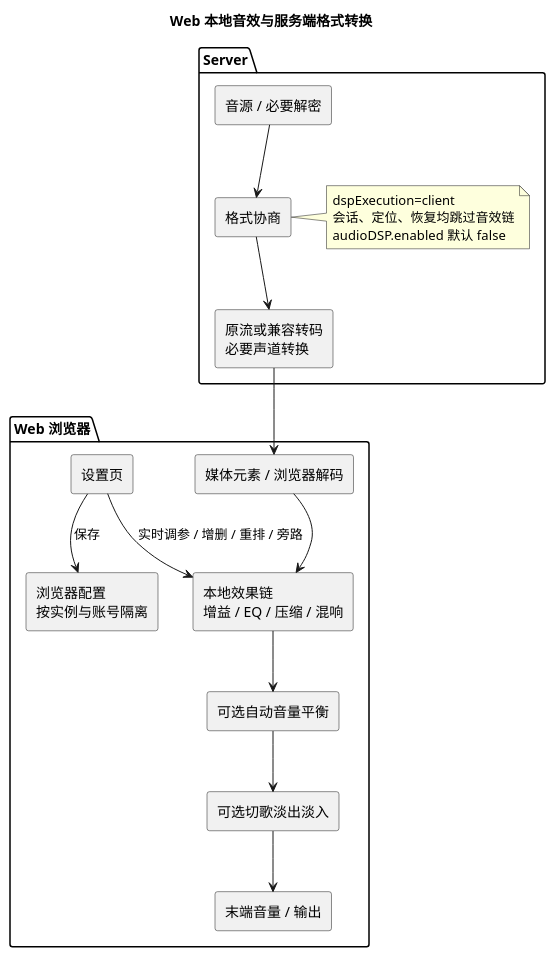
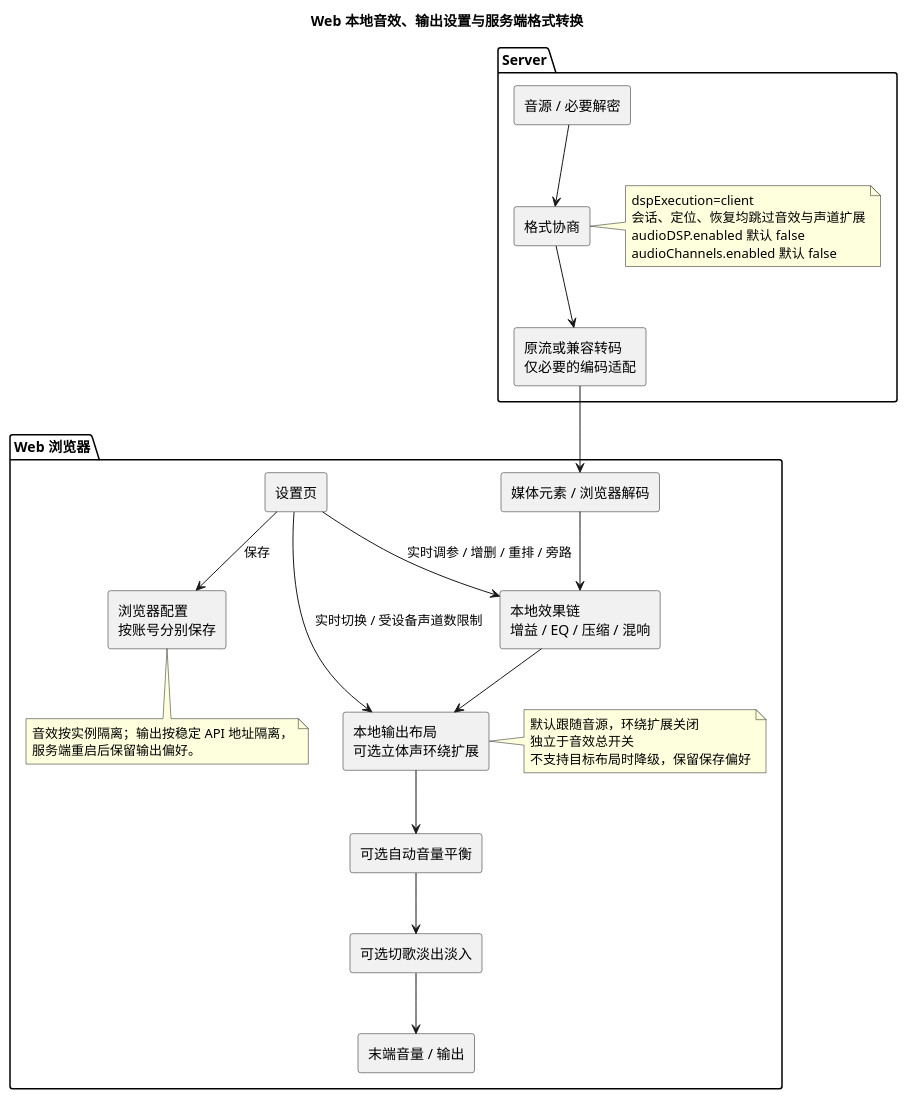
Before and after one commit to fnMrRice/MusicFS: the diagram in docs/diagrams/web-local-dsp.puml, drawn with PlantUML. The commit also changed 2 other files, not shown here.

Commit message:
feat(audio): 同步本地输出设置与服务端声道插件禁用

```diff
--- a/docs/diagrams/web-local-dsp.puml
+++ b/docs/diagrams/web-local-dsp.puml
@@ -1,22 +1,34 @@
 @startuml
-title Web 本地音效与服务端格式转换
+title Web 本地音效、输出设置与服务端格式转换
 skinparam componentStyle rectangle
 package "Server" {
   [音源 / 必要解密] --> [格式协商]
-  [格式协商] --> [原流或兼容转码\n必要声道转换]
+  [格式协商] --> [原流或兼容转码\n仅必要的编码适配]
   note right of [格式协商]
     dspExecution=client
-    会话、定位、恢复均跳过音效链
+    会话、定位、恢复均跳过音效与声道扩展
     audioDSP.enabled 默认 false
+    audioChannels.enabled 默认 false
   end note
 }
 package "Web 浏览器" {
-  [原流或兼容转码\n必要声道转换] --> [媒体元素 / 浏览器解码]
+  [原流或兼容转码\n仅必要的编码适配] --> [媒体元素 / 浏览器解码]
   [媒体元素 / 浏览器解码] --> [本地效果链\n增益 / EQ / 压缩 / 混响]
-  [本地效果链\n增益 / EQ / 压缩 / 混响] --> [可选自动音量平衡]
+  [本地效果链\n增益 / EQ / 压缩 / 混响] --> [本地输出布局\n可选立体声环绕扩展]
+  [本地输出布局\n可选立体声环绕扩展] --> [可选自动音量平衡]
   [可选自动音量平衡] --> [可选切歌淡出淡入]
   [可选切歌淡出淡入] --> [末端音量 / 输出]
   [设置页] --> [本地效果链\n增益 / EQ / 压缩 / 混响] : 实时调参 / 增删 / 重排 / 旁路
-  [设置页] --> [浏览器配置\n按实例与账号隔离] : 保存
+  [设置页] --> [本地输出布局\n可选立体声环绕扩展] : 实时切换 / 受设备声道数限制
+  [设置页] --> [浏览器配置\n按账号分别保存] : 保存
+  note bottom of [浏览器配置\n按账号分别保存]
+    音效按实例隔离；输出按稳定 API 地址隔离，
+    服务端重启后保留输出偏好。
+  end note
+  note right of [本地输出布局\n可选立体声环绕扩展]
+    默认跟随音源，环绕扩展关闭
+    独立于音效总开关
+    不支持目标布局时降级，保留保存偏好
+  end note
 }
 @enduml
```
